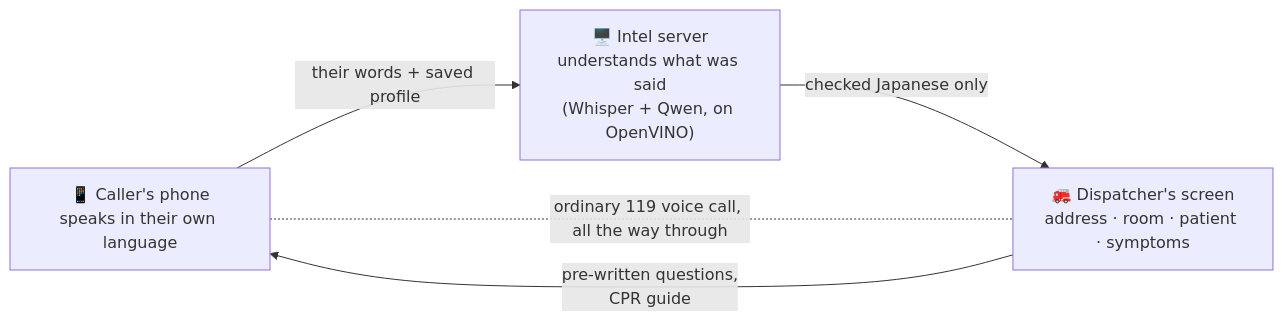
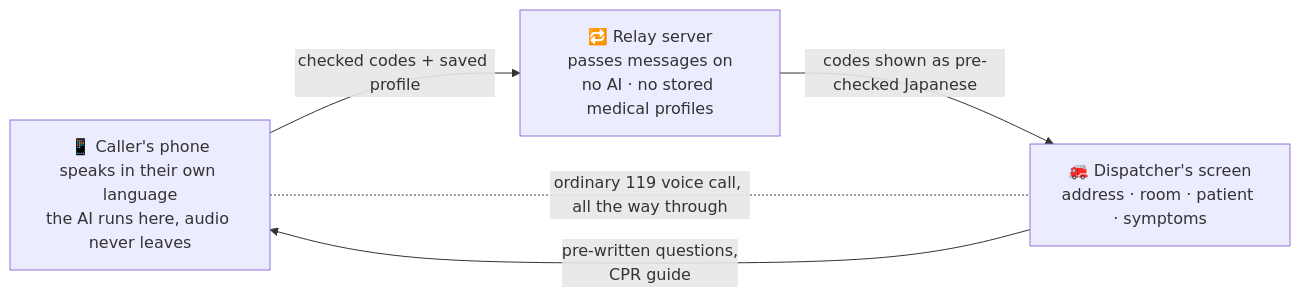
One commit to ananyagrawal21-arch/kyukyu-bridge changed the diagram in README.md. Above: the diagram before and after it, drawn with Mermaid. The commit also changed other lines of this file, not shown here.

Commit message:
README: diagram and steps show the on-phone design

````diff
--- a/README.md
+++ b/README.md
@@ -34,7 +34,7 @@
 ```mermaid
 flowchart LR
-    A["📱 Caller's phone<br/>speaks in their own language"] -->|their words + saved profile| B["🖥️ Intel server<br/>understands what was said<br/>(Whisper + Qwen, on OpenVINO)"]
-    B -->|checked Japanese only| C["🚒 Dispatcher's screen<br/>address · room · patient · symptoms"]
+    A["📱 Caller's phone<br/>speaks in their own language<br/>the AI runs here, audio never leaves"] -->|checked codes + saved profile| B["🔁 Relay server<br/>passes messages on<br/>no AI · no stored medical profiles"]
+    B -->|codes shown as pre-checked Japanese| C["🚒 Dispatcher's screen<br/>address · room · patient · symptoms"]
     C -->|pre-written questions,<br/>CPR guide| A
     A -. ordinary 119 voice call, all the way through .- C
 ```
````
